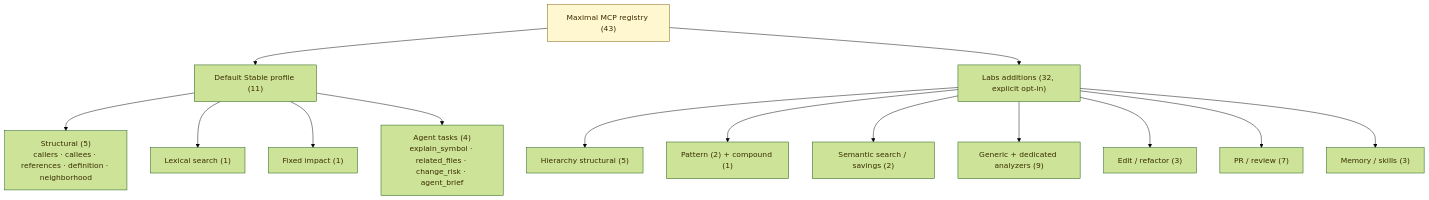
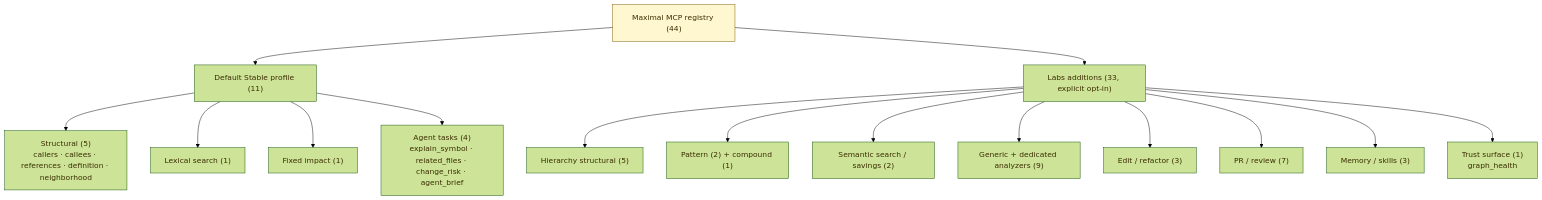
One commit to samibel/graphi changed the second of 8 diagrams in docs/FEATURES.md. Above: the diagram before and after it, drawn with Mermaid (forest theme). The commit also changed other lines of this file and 5 other files, not shown here.

First line of the commit message:
P1 docs (PRD section 46): document the trust surface across user docs

````diff
--- a/docs/FEATURES.md
+++ b/docs/FEATURES.md
@@ -91,18 +91,19 @@
 ```mermaid
 flowchart TD
-  ROOT["Maximal MCP registry (43)"]:::root
+  ROOT["Maximal MCP registry (44)"]:::root
   ROOT --> ST["Default Stable profile (11)"]
-  ROOT --> LB["Labs additions (32, explicit opt-in)"]
+  ROOT --> LB["Labs additions (33, explicit opt-in)"]
   ST --> STQ["Structural (5)<br/>callers · callees · references · definition · neighborhood"]
   ST --> STS["Lexical search (1)"]
   ST --> STI["Fixed impact (1)"]
   ST --> STA["Agent tasks (4)<br/>explain_symbol · related_files · change_risk · agent_brief"]
   LB --> LBQ["Hierarchy structural (5)"]
   LB --> LBP["Pattern (2) + compound (1)"]
   LB --> LBS["Semantic search / savings (2)"]
   LB --> LBA["Generic + dedicated analyzers (9)"]
   LB --> LBE["Edit / refactor (3)"]
   LB --> LBR["PR / review (7)"]
   LB --> LBM["Memory / skills (3)"]
+  LB --> LBT["Trust surface (1)<br/>graph_health"]
   classDef root fill:#fff7d0,stroke:#7a5a00,color:#3a2c00
 ```
````
